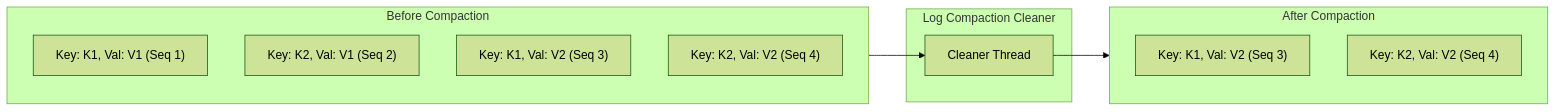
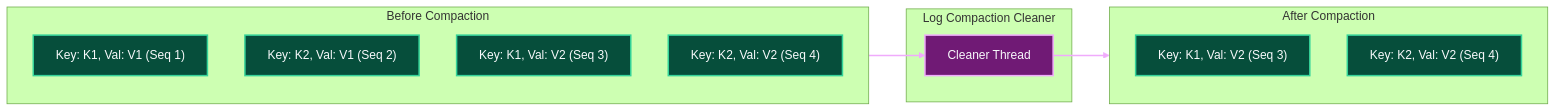
Before and after one commit to Chief-Strategist-J/llm-obs-infra: diagram 17 of 18 in docs/configDoc/kafka-configuration-guide.md, drawn with Mermaid (forest theme). The commit also changed other lines of this file, not shown here.

Commit message:
docs(kafka): reorder component sections to Code -> HLD -> LLD -> Parameters and apply custom color styling to all Mermaid diagrams

````diff
--- a/docs/configDoc/kafka-configuration-guide.md
+++ b/docs/configDoc/kafka-configuration-guide.md
@@ -1155,22 +1438,32 @@
 ```mermaid
 graph LR
     subgraph BeforeCompaction ["Before Compaction"]
         K1_V1["Key: K1, Val: V1 (Seq 1)"]
         K2_V1["Key: K2, Val: V1 (Seq 2)"]
         K1_V2["Key: K1, Val: V2 (Seq 3)"]
         K2_V2["Key: K2, Val: V2 (Seq 4)"]
     end
 
     subgraph LogCompactionCleaner ["Log Compaction Cleaner"]
         CleanerThread["Cleaner Thread"]
     end
 
     BeforeCompaction --> CleanerThread
 
     subgraph AfterCompaction ["After Compaction"]
         K1_V2_Post["Key: K1, Val: V2 (Seq 3)"]
         K2_V2_Post["Key: K2, Val: V2 (Seq 4)"]
     end
 
     CleanerThread --> AfterCompaction
+
+    style K1_V1 fill:#064e3b,stroke:#34d399,stroke-width:2px,color:#f8fafc
+    style K2_V1 fill:#064e3b,stroke:#34d399,stroke-width:2px,color:#f8fafc
+    style K1_V2 fill:#064e3b,stroke:#34d399,stroke-width:2px,color:#f8fafc
+    style K2_V2 fill:#064e3b,stroke:#34d399,stroke-width:2px,color:#f8fafc
+    style CleanerThread fill:#701a75,stroke:#f0abfc,stroke-width:2px,color:#f8fafc
+    style K1_V2_Post fill:#064e3b,stroke:#34d399,stroke-width:2px,color:#f8fafc
+    style K2_V2_Post fill:#064e3b,stroke:#34d399,stroke-width:2px,color:#f8fafc
+
+    linkStyle 0,1 stroke:#f0abfc,stroke-width:2px;
 ```
````
